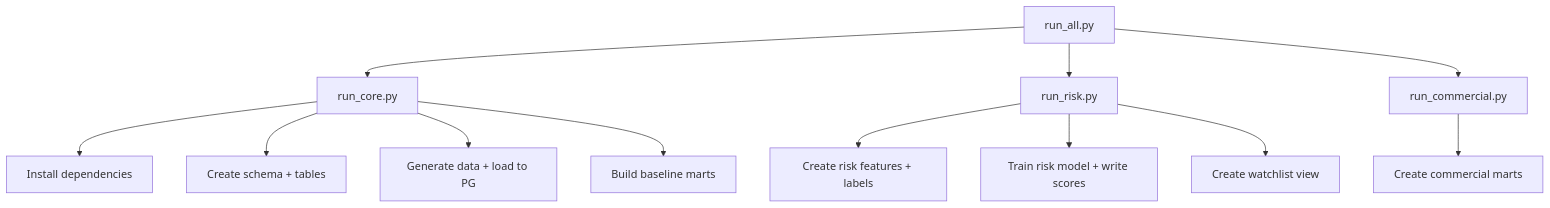
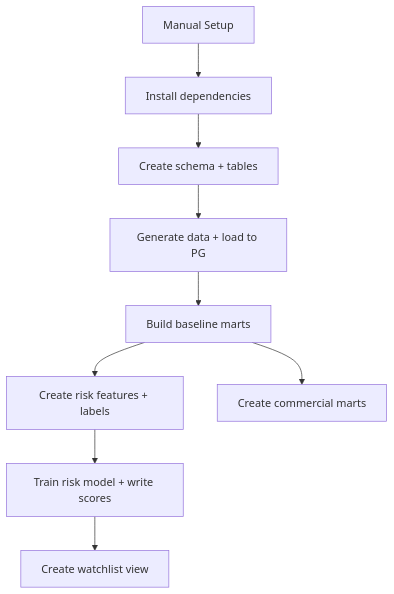
One commit to edison1006/Financial-Industry-Risk-Data-Analysis changed the second of 2 diagrams in docs/architecture.md. Above: the diagram before and after it, drawn with Mermaid. The commit also changed other lines of this file and 47 other files, not shown here.

````diff
--- a/docs/architecture.md
+++ b/docs/architecture.md
@@ -91,14 +91,11 @@
 ```mermaid
 flowchart TD
-  RunAll[run_all.py] --> RunCore[run_core.py]
-  RunAll --> RunRisk[run_risk.py]
-  RunAll --> RunComm[run_commercial.py]
-  RunCore --> InstallDeps[Install dependencies]
-  RunCore --> CreateSchema[Create schema + tables]
-  RunCore --> GenLoad[Generate data + load to PG]
-  RunCore --> BuildMarts[Build baseline marts]
-  RunRisk --> RiskSQL[Create risk features + labels]
-  RunRisk --> TrainModel[Train risk model + write scores]
-  RunRisk --> Watchlist[Create watchlist view]
-  RunComm --> CommSQL[Create commercial marts]
+  Start[Manual Setup] --> InstallDeps[Install dependencies]
+  InstallDeps --> CreateSchema[Create schema + tables]
+  CreateSchema --> GenLoad[Generate data + load to PG]
+  GenLoad --> BuildMarts[Build baseline marts]
+  BuildMarts --> RiskSQL[Create risk features + labels]
+  RiskSQL --> TrainModel[Train risk model + write scores]
+  TrainModel --> Watchlist[Create watchlist view]
+  BuildMarts --> CommSQL[Create commercial marts]
 ```
````
